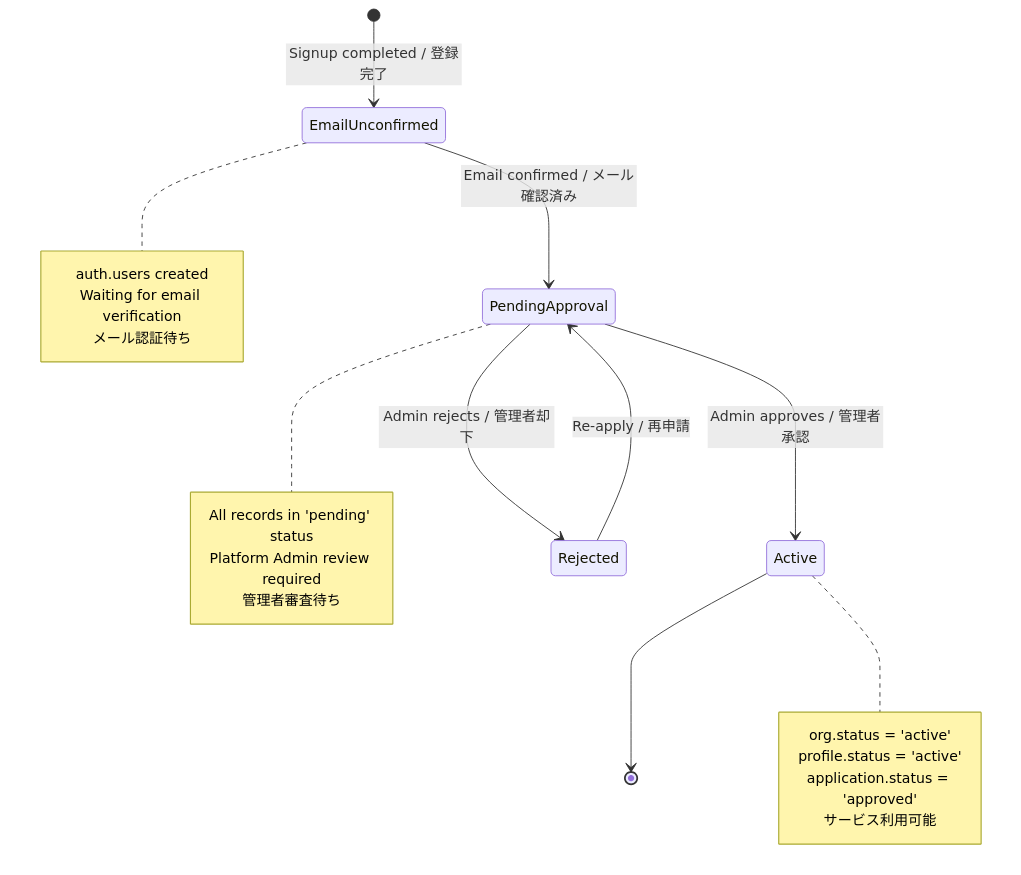
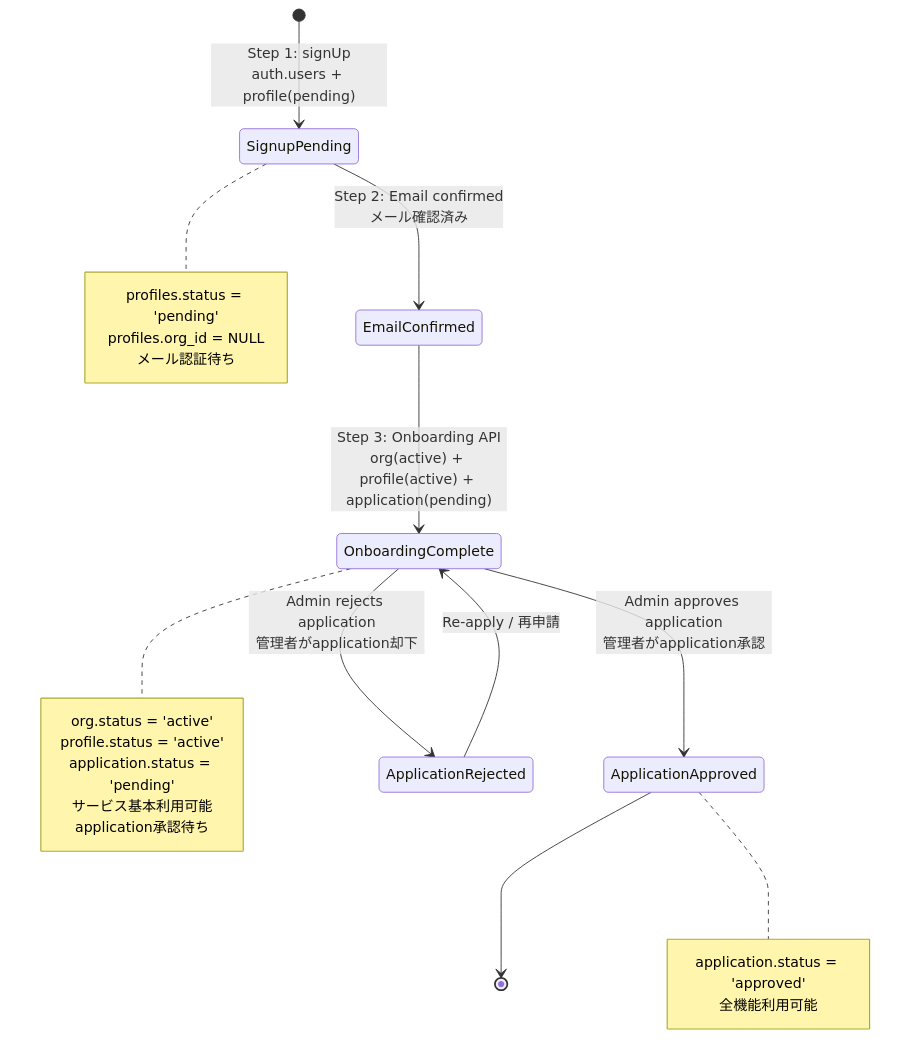
Before and after one commit to PhamDuBin/pep: the eighth of 18 diagrams in docs/workflows/account.md, drawn with Mermaid. The commit also changed other lines of this file and 22 other files, not shown here.

````diff
--- a/docs/workflows/account.md
+++ b/docs/workflows/account.md
@@ -305,32 +331,35 @@
 ```mermaid
 stateDiagram-v2
-    [*] --> EmailUnconfirmed: Signup completed / 登録完了
+    [*] --> SignupPending: Step 1: signUp<br/>auth.users + profile(pending)
 
-    EmailUnconfirmed --> PendingApproval: Email confirmed / メール確認済み
+    SignupPending --> EmailConfirmed: Step 2: Email confirmed<br/>メール確認済み
 
-    PendingApproval --> Active: Admin approves / 管理者承認
-    PendingApproval --> Rejected: Admin rejects / 管理者却下
+    EmailConfirmed --> OnboardingComplete: Step 3: Onboarding API<br/>org(active) + profile(active) + application(pending)
 
-    Rejected --> PendingApproval: Re-apply / 再申請
+    OnboardingComplete --> ApplicationApproved: Admin approves application<br/>管理者がapplication承認
 
-    Active --> [*]
+    OnboardingComplete --> ApplicationRejected: Admin rejects application<br/>管理者がapplication却下
 
-    note right of EmailUnconfirmed
-        auth.users created
-        Waiting for email verification
+    ApplicationRejected --> OnboardingComplete: Re-apply / 再申請
+
+    ApplicationApproved --> [*]
+
+    note right of SignupPending
+        profiles.status = 'pending'
+        profiles.org_id = NULL
         メール認証待ち
     end note
 
-    note right of PendingApproval
-        All records in 'pending' status
-        Platform Admin review required
-        管理者審査待ち
+    note right of OnboardingComplete
+        org.status = 'active'
+        profile.status = 'active'
+        application.status = 'pending'
+        サービス基本利用可能
+        application承認待ち
     end note
 
-    note right of Active
-        org.status = 'active'
-        profile.status = 'active'
+    note right of ApplicationApproved
         application.status = 'approved'
-        サービス利用可能
+        全機能利用可能
     end note
 ```
````
